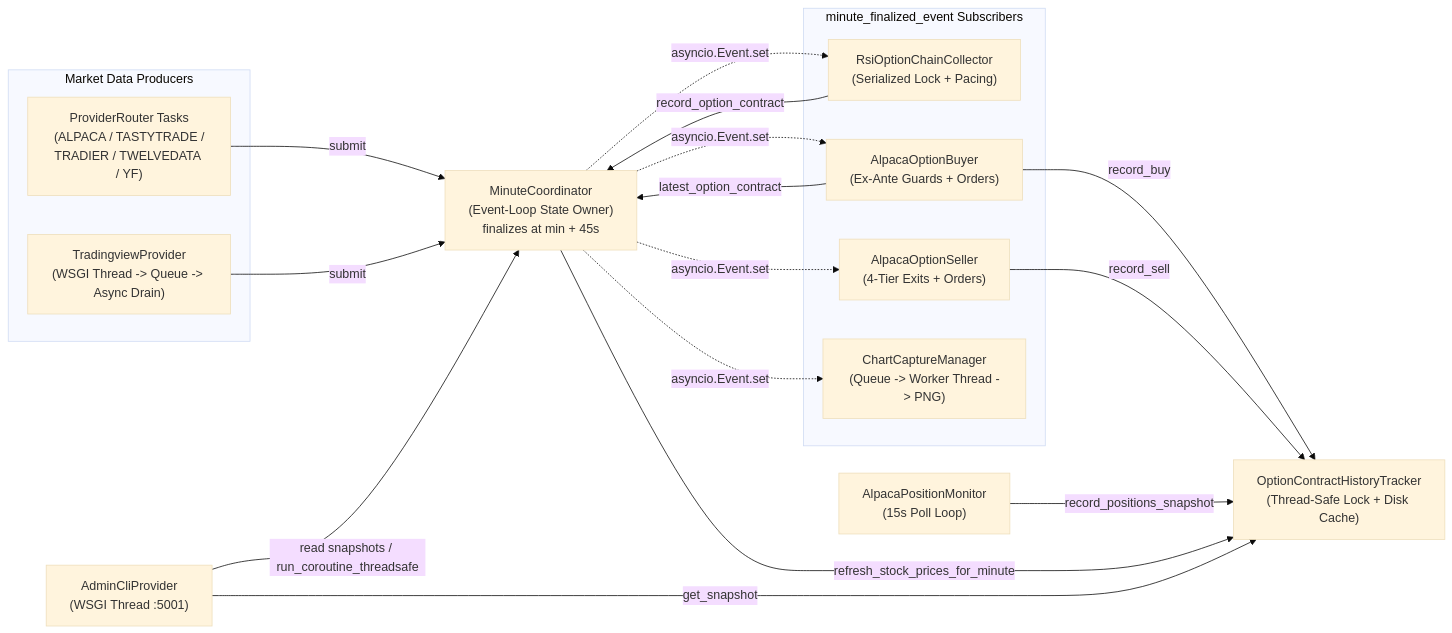
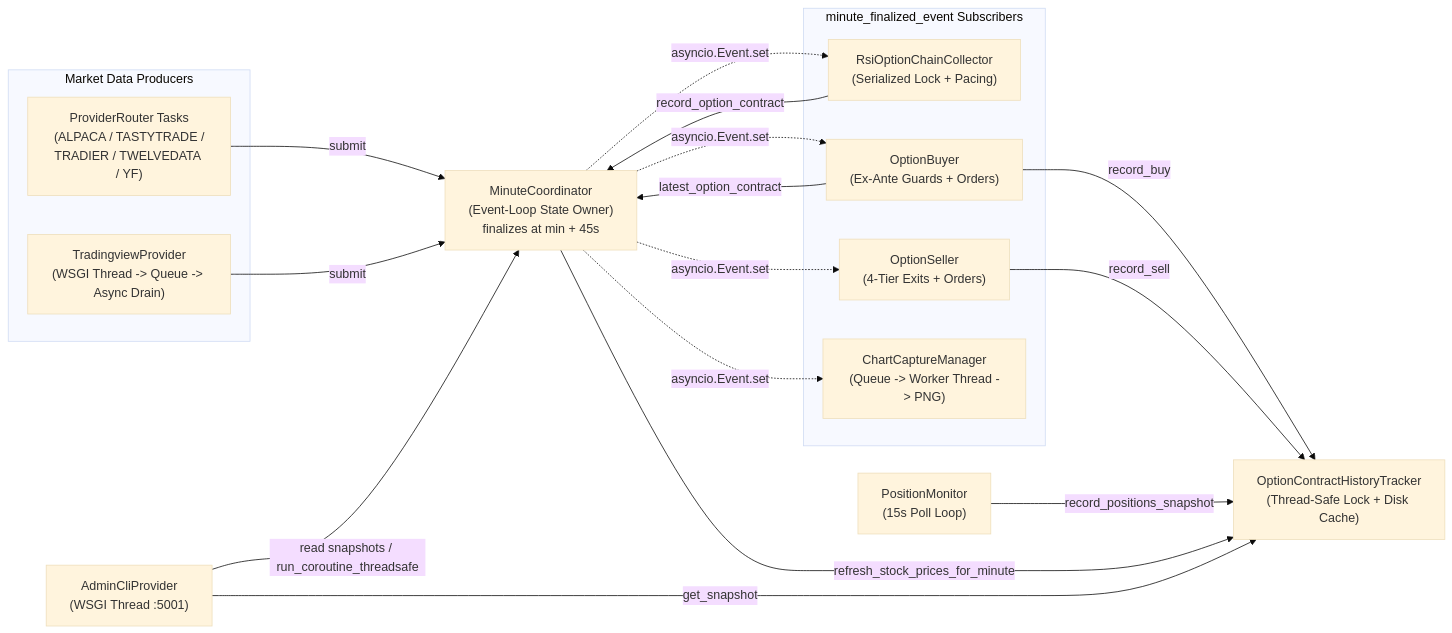
One commit to billt408/jboa-1 changed the first of 3 diagrams in src/docs/TRADING_ALGORITHMS_AND_RISK.md. Above: the diagram before and after it, drawn with Mermaid (base theme). The commit also changed other lines of this file and 9 other files, not shown here.

````diff
--- a/src/docs/TRADING_ALGORITHMS_AND_RISK.md
+++ b/src/docs/TRADING_ALGORITHMS_AND_RISK.md
@@ -73,35 +73,35 @@
 ```mermaid
 flowchart LR
     subgraph Producers["Market Data Producers"]
         P1["ProviderRouter Tasks<br/>(ALPACA / TASTYTRADE /<br/>TRADIER / TWELVEDATA / YF)"]
         P2["TradingviewProvider<br/>(WSGI Thread -> Queue -> Async Drain)"]
     end
 
     MC["MinuteCoordinator<br/>(Event-Loop State Owner)<br/>finalizes at min + 45s"]
 
     subgraph Subscribers["minute_finalized_event Subscribers"]
         S1["RsiOptionChainCollector<br/>(Serialized Lock + Pacing)"]
-        S2["AlpacaOptionBuyer<br/>(Ex-Ante Guards + Orders)"]
-        S3["AlpacaOptionSeller<br/>(4-Tier Exits + Orders)"]
+        S2["OptionBuyer<br/>(Ex-Ante Guards + Orders)"]
+        S3["OptionSeller<br/>(4-Tier Exits + Orders)"]
         S4["ChartCaptureManager<br/>(Queue -> Worker Thread -> PNG)"]
     end
 
-    PM["AlpacaPositionMonitor<br/>(15s Poll Loop)"]
+    PM["PositionMonitor<br/>(15s Poll Loop)"]
     OHT["OptionContractHistoryTracker<br/>(Thread-Safe Lock + Disk Cache)"]
     ADM["AdminCliProvider<br/>(WSGI Thread :5001)"]
 
     P1 -->|submit| MC
     P2 -->|submit| MC
     MC -.->|asyncio.Event.set| S1
     MC -.->|asyncio.Event.set| S2
     MC -.->|asyncio.Event.set| S3
     MC -.->|asyncio.Event.set| S4
     S1 -->|record_option_contract| MC
     S2 -->|latest_option_contract| MC
     S2 -->|record_buy| OHT
     S3 -->|record_sell| OHT
     PM -->|record_positions_snapshot| OHT
     MC -->|refresh_stock_prices_for_minute| OHT
     ADM -->|read snapshots / run_coroutine_threadsafe| MC
     ADM -->|get_snapshot| OHT
 ```
````
